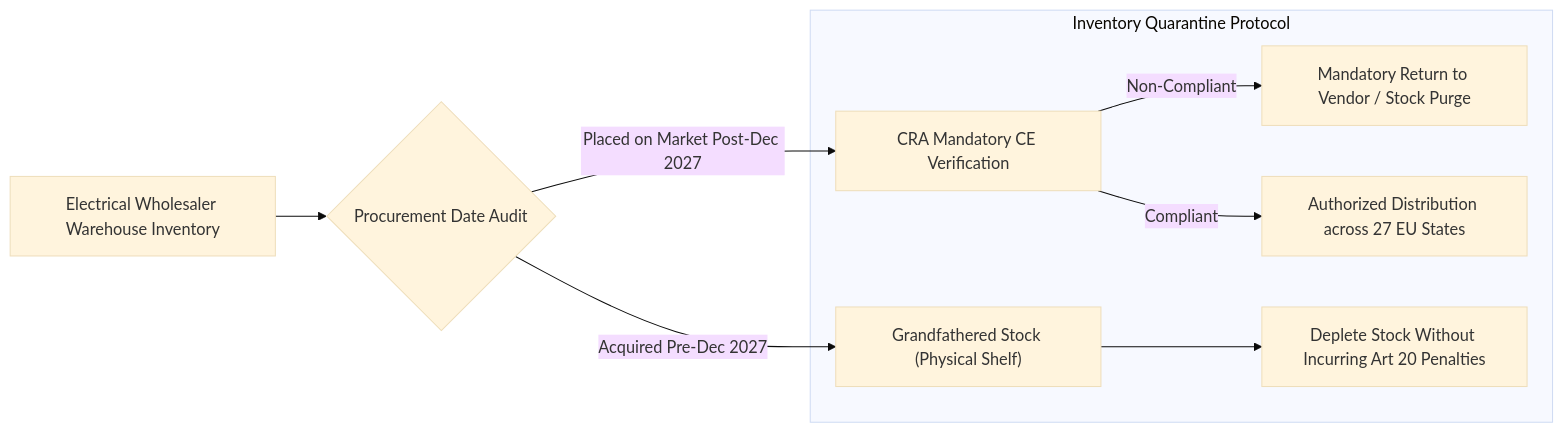
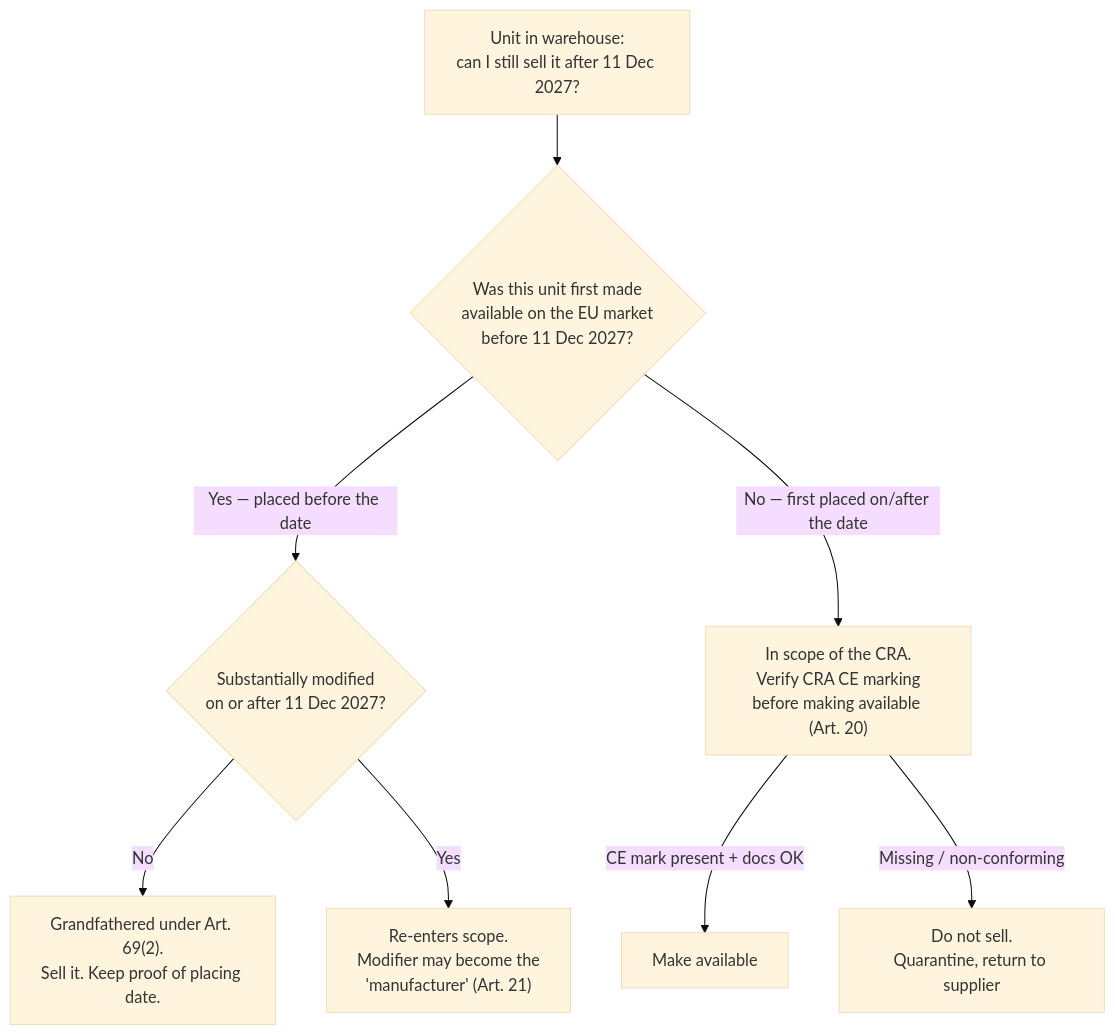
One commit to Planet9V/OXOT_Website_Conformity_Application changed the diagram in docs/cra_podcast/blogs/BLOG_EP_1.05_ep-1.05-distributor-gatekeeping-what-stock-must-be-purged-.md. Above: the diagram before and after it, drawn with Mermaid (base theme). The commit also changed other lines of this file and 7 other files, not shown here.

````diff
--- a/docs/cra_podcast/blogs/BLOG_EP_1.05_ep-1.05-distributor-gatekeeping-what-stock-must-be-purged-.md
+++ b/docs/cra_podcast/blogs/BLOG_EP_1.05_ep-1.05-distributor-gatekeeping-what-stock-must-be-purged-.md
@@ -67,12 +53,10 @@
 ```mermaid
-graph LR
-    A["Electrical Wholesaler Warehouse Inventory"] --> B{"Procurement Date Audit"}
-    B -->|"Acquired Pre-Dec 2027"| C["Grandfathered Stock (Physical Shelf)"]
-    B -->|"Placed on Market Post-Dec 2027"| D["CRA Mandatory CE Verification"]
-    
-    subgraph RiskResolution["Inventory Quarantine Protocol"]
-        D -->|"Non-Compliant"| E["Mandatory Return to Vendor / Stock Purge"]
-        D -->|"Compliant"| F["Authorized Distribution across 27 EU States"]
-        C --> G["Deplete Stock Without Incurring Art 20 Penalties"]
-    end
+graph TD
+    A["Unit in warehouse:<br/>can I still sell it after 11 Dec 2027?"] --> B{"Was this unit first made<br/>available on the EU market<br/>before 11 Dec 2027?"}
+    B -->|"Yes — placed before the date"| C{"Substantially modified<br/>on or after 11 Dec 2027?"}
+    B -->|"No — first placed on/after the date"| D["In scope of the CRA.<br/>Verify CRA CE marking<br/>before making available (Art. 20)"]
+    C -->|"No"| E["Grandfathered under Art. 69(2).<br/>Sell it. Keep proof of placing date."]
+    C -->|"Yes"| F["Re-enters scope.<br/>Modifier may become the<br/>'manufacturer' (Art. 21)"]
+    D -->|"CE mark present + docs OK"| G["Make available"]
+    D -->|"Missing / non-conforming"| H["Do not sell.<br/>Quarantine, return to supplier"]
 ```
````
